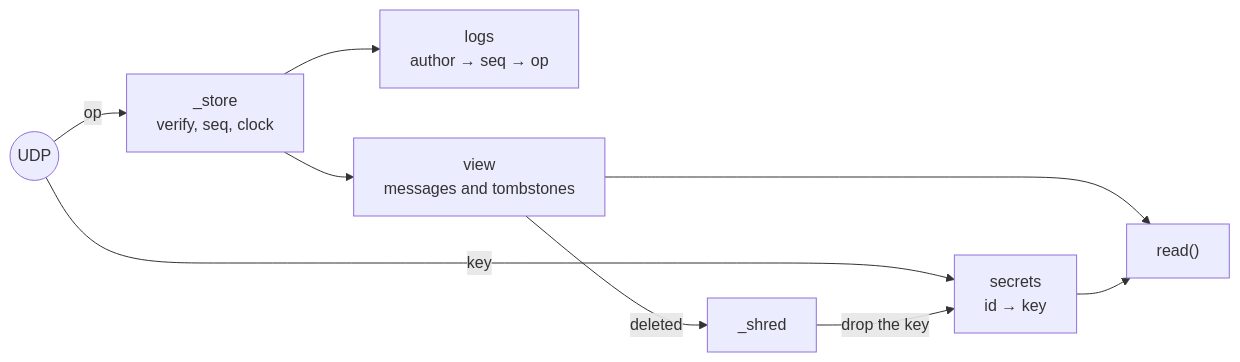
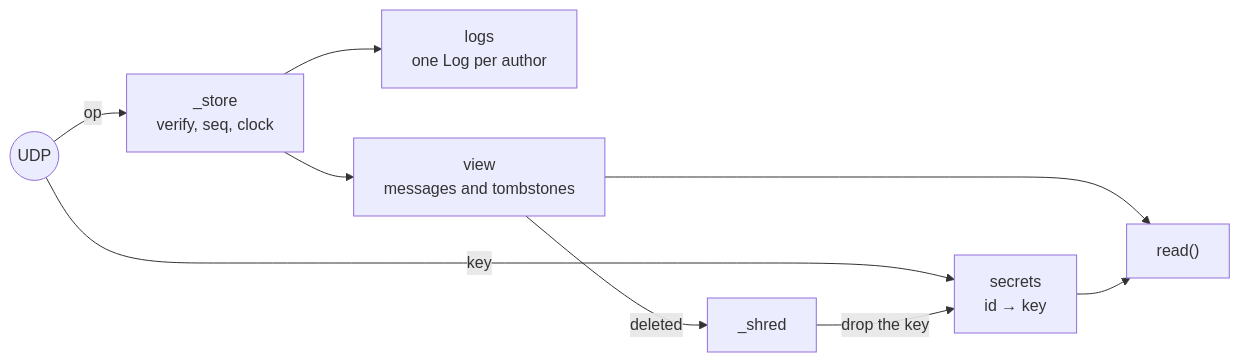
Before and after one commit to DanielNeris/tombstone: the second of 3 diagrams in README.md, drawn with Mermaid. The commit also changed other lines of this file, not shown here.

````diff
--- a/README.md
+++ b/README.md
@@ -37,11 +37,11 @@
 ```mermaid
 flowchart LR
     NET(("UDP")) -->|op| S["_store<br/>verify, seq, clock"]
-    S --> L["logs<br/>author → seq → op"]
+    S --> L["logs<br/>one Log per author"]
     S --> V["view<br/>messages and tombstones"]
     NET -->|key| K["secrets<br/>id → key"]
     V -->|deleted| X["_shred"]
     X -->|drop the key| K
     V --> R["read()"]
     K --> R
 ```
````
